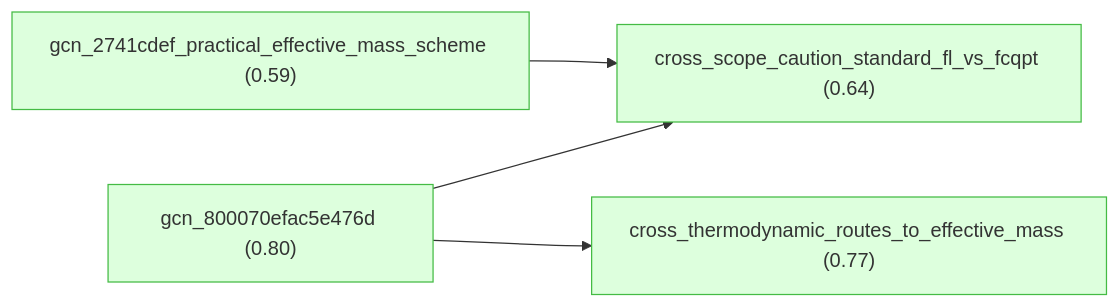
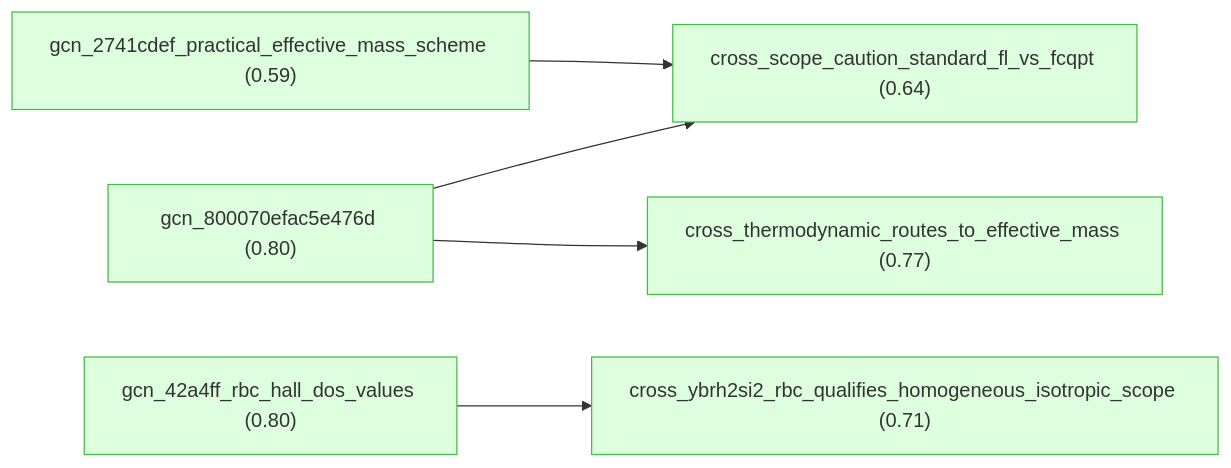
One commit to Callo42/fermi-liquid-effective-mass-gaia changed the first of 4 diagrams in docs/detailed-reasoning.md. Above: the diagram before and after it, drawn with Mermaid. The commit also changed other lines of this file and 65 other files, not shown here.

First line of the commit message:
Extend YbRh2Si2 effective-mass graph with RBC evidence

````diff
--- a/docs/detailed-reasoning.md
+++ b/docs/detailed-reasoning.md
@@ -7,20 +7,23 @@
 ```mermaid
 graph LR
     gcn_800070efac5e476d["gcn_800070efac5e476d (0.80)"]:::derived
+    gcn_42a4ff_rbc_hall_dos_values["gcn_42a4ff_rbc_hall_dos_values (0.80)"]:::derived
     gcn_2741cdef_practical_effective_mass_scheme["gcn_2741cdef_practical_effective_mass_scheme (0.59)"]:::derived
     cross_thermodynamic_routes_to_effective_mass["cross_thermodynamic_routes_to_effective_mass (0.77)"]:::derived
     cross_scope_caution_standard_fl_vs_fcqpt["cross_scope_caution_standard_fl_vs_fcqpt (0.64)"]:::derived
+    cross_ybrh2si2_rbc_qualifies_homogeneous_isotropic_scope["cross_ybrh2si2_rbc_qualifies_homogeneous_isotropic_scope (0.71)"]:::derived
     gcn_2741cdef_practical_effective_mass_scheme --> cross_scope_caution_standard_fl_vs_fcqpt
+    gcn_42a4ff_rbc_hall_dos_values --> cross_ybrh2si2_rbc_qualifies_homogeneous_isotropic_scope
     gcn_800070efac5e476d --> cross_scope_caution_standard_fl_vs_fcqpt
     gcn_800070efac5e476d --> cross_thermodynamic_routes_to_effective_mass
 
     classDef setting fill:#f0f0f0,stroke:#999,color:#333
     classDef premise fill:#ddeeff,stroke:#4488bb,color:#333
     classDef derived fill:#ddffdd,stroke:#44bb44,color:#333
     classDef question fill:#fff3dd,stroke:#cc9944,color:#333
     classDef background fill:#f5f5f5,stroke:#bbb,stroke-dasharray: 5 5,color:#333
     classDef orphan fill:#fff,stroke:#ccc,stroke-dasharray: 5 5,color:#333
     classDef external fill:#fff,stroke:#aaa,stroke-dasharray: 3 3,color:#333
     classDef weak fill:#fff9c4,stroke:#f9a825,stroke-dasharray: 5 5,color:#333
     classDef contra fill:#ffebee,stroke:#c62828,color:#333
 ```
````
